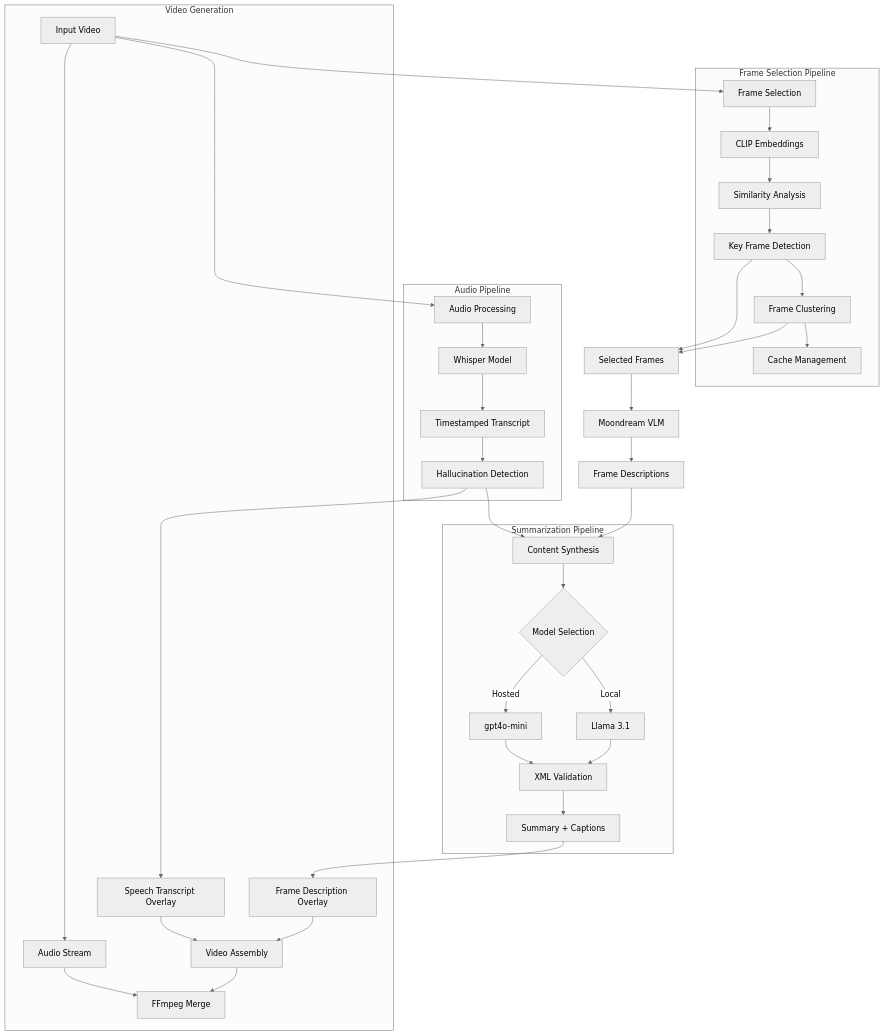
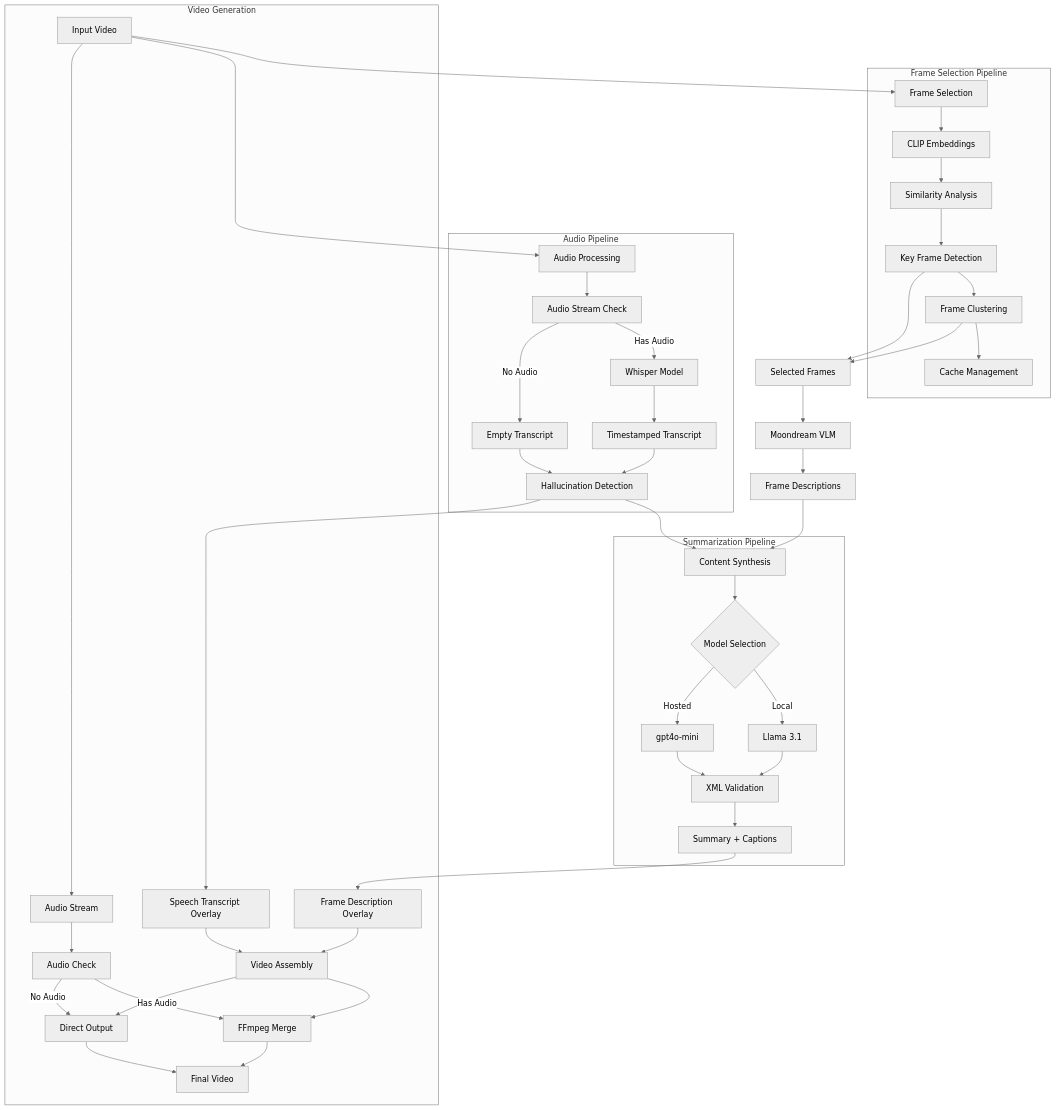
Before and after one commit to parsakhaz/video-understanding-engine: the first of 2 diagrams in README.md, drawn with Mermaid (neutral theme). The commit also changed other lines of this file and 2 other files, not shown here.

Commit message:
updated readme, handle no audio, adjusted timing

````diff
--- a/README.md
+++ b/README.md
@@ -67,46 +67,54 @@
 ```mermaid
 graph TD
     A[Input Video] --> B[Frame Selection]
     A --> C[Audio Processing]
     
     subgraph "Frame Selection Pipeline"
     B --> D[CLIP Embeddings]
     D --> E[Similarity Analysis]
     E --> F[Key Frame Detection]
     F --> G[Frame Clustering]
     G --> H[Cache Management]
     end
     
     subgraph "Audio Pipeline"
-    C --> I[Whisper Model]
+    C --> AA[Audio Stream Check]
+    AA -->|Has Audio| I[Whisper Model]
+    AA -->|No Audio| AB[Empty Transcript]
     I --> J[Timestamped Transcript]
     J --> K[Hallucination Detection]
+    AB --> K
     end
     
     F --> L[Selected Frames]
     G --> L
     L --> M[Moondream VLM]
     M --> N[Frame Descriptions]
     
     K --> O[Content Synthesis]
     N --> O
     
     subgraph "Summarization Pipeline"
     O --> P{Model Selection}
     P -->|Local| Q[Llama 3.1]
     P -->|Hosted| R[gpt4o-mini]
     Q --> S[XML Validation]
     R --> S
     S --> T[Summary + Captions]
     end
     
     subgraph "Video Generation"
     T --> U[Frame Description Overlay]
     K --> V[Speech Transcript Overlay]
     U --> W[Video Assembly]
     V --> W
     A --> X[Audio Stream]
-    X --> Y[FFmpeg Merge]
+    X --> AC[Audio Check]
+    AC -->|Has Audio| Y[FFmpeg Merge]
+    AC -->|No Audio| AD[Direct Output]
     W --> Y
+    W --> AD
+    Y --> AE[Final Video]
+    AD --> AE
     end
 ```
````
